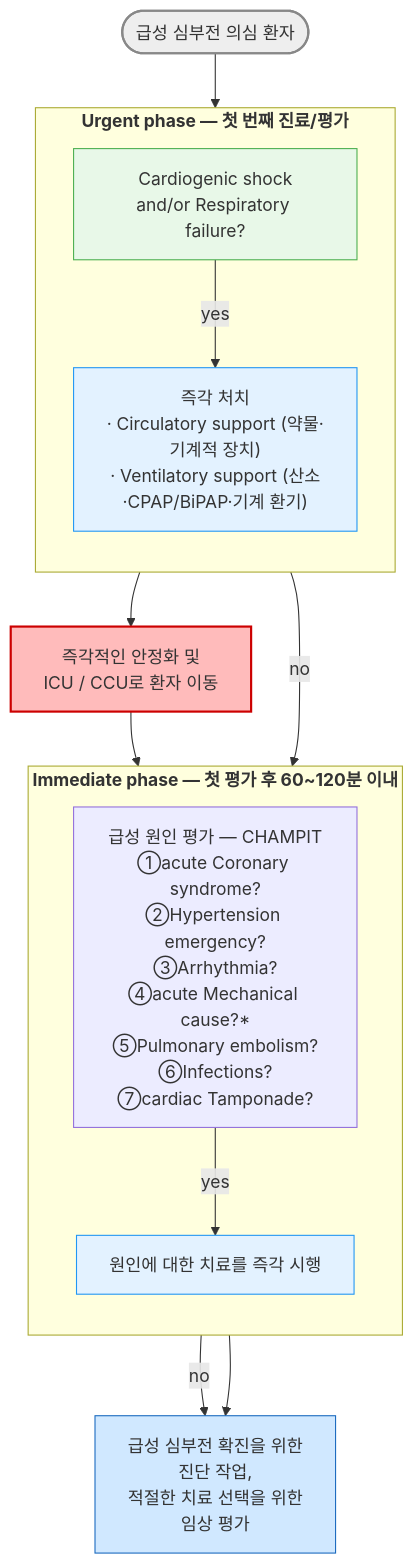
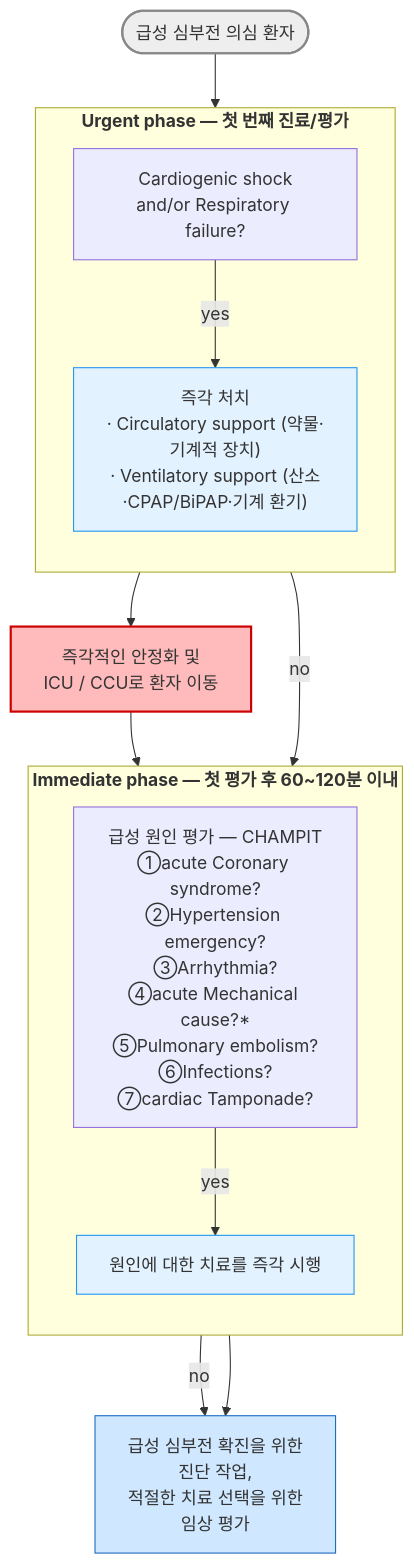
Before and after one commit to familyoh77/familyoh77: the third of 7 diagrams in 225_/098_-heart-failure.md, drawn with Mermaid. The commit also changed other lines of this file, not shown here.

````diff
--- a/225_/098_-heart-failure.md
+++ b/225_/098_-heart-failure.md
@@ -211,39 +164,36 @@
 ```mermaid
 flowchart TD
     START(["급성 심부전 의심 환자"])
     style START fill:#eeeeee,stroke:#888888,stroke-width:2px
 
     subgraph URGENT["<b>Urgent phase — 첫 번째 진료/평가"]
         direction TB
         Q1["Cardiogenic shock\nand/or Respiratory failure?"]
-        classDef lightGreen fill:#e8f8e8,stroke:#4caf50
-        class Q1 lightGreen
-
         SUPPORT["즉각 처치\n· Circulatory support (약물·기계적 장치)\n· Ventilatory support (산소·CPAP/BiPAP·기계 환기)"]
         classDef sky fill:#e3f2ff,stroke:#2196f3
         class SUPPORT sky
     end
 
     ICU["즉각적인 안정화 및\nICU / CCU로 환자 이동"]
     style ICU fill:#fbb,stroke:#c00,stroke-width:2px
 
     subgraph IMMEDIATE["<b>Immediate phase — 첫 평가 후 60~120분 이내"]
         direction TB
         CAUSE["급성 원인 평가 — CHAMPIT\n①acute Coronary syndrome?\n②Hypertension emergency?\n③Arrhythmia?\n④acute Mechanical cause?*\n⑤Pulmonary embolism?\n⑥Infections?\n⑦cardiac Tamponade?"]
         TREAT["원인에 대한 치료를 즉각 시행"]
         style TREAT fill:#e3f2ff,stroke:#2196f3
     end
 
     WORKUP["급성 심부전 확진을 위한\n진단 작업,\n적절한 치료 선택을 위한\n임상 평가"]
     style WORKUP fill:#d0e8ff,stroke:#1a6abf
 
     START --> Q1
     Q1 -->|yes| SUPPORT
     SUPPORT --> ICU
     Q1 -->|no| IMMEDIATE
     ICU --> IMMEDIATE
     CAUSE -->|yes| TREAT
     CAUSE -->|no| WORKUP
     TREAT --> WORKUP
 
 ```
````
